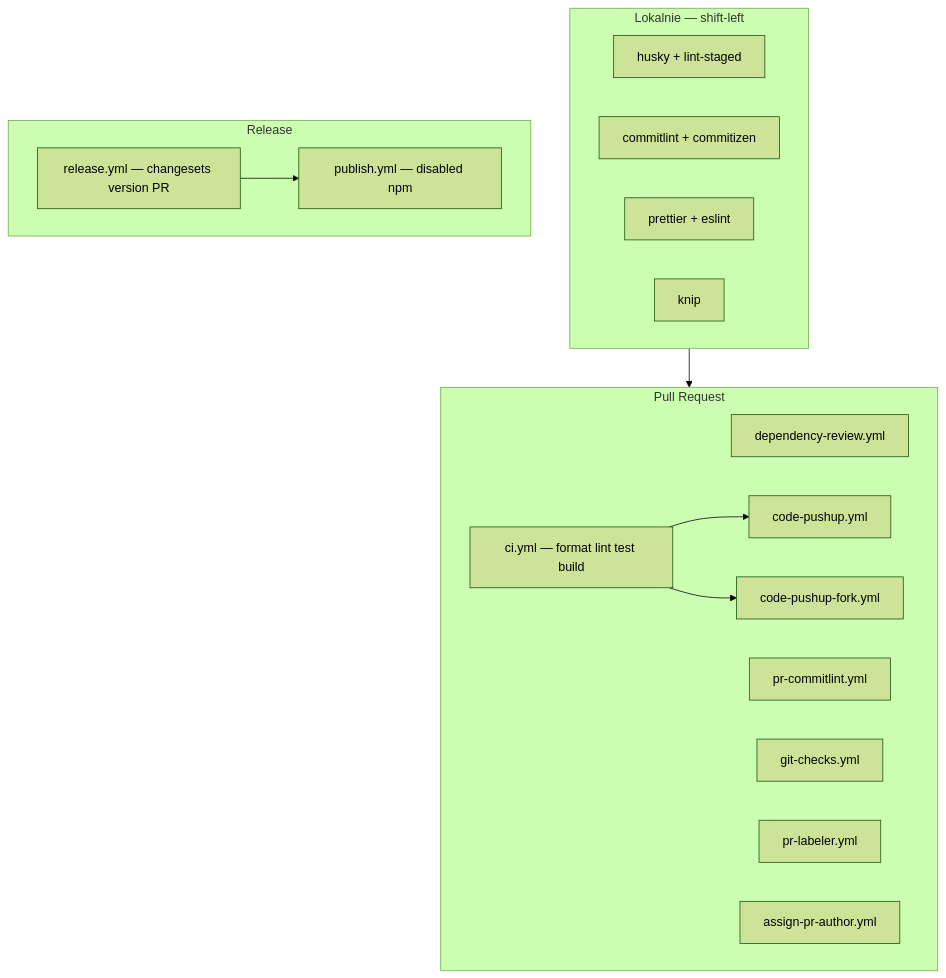
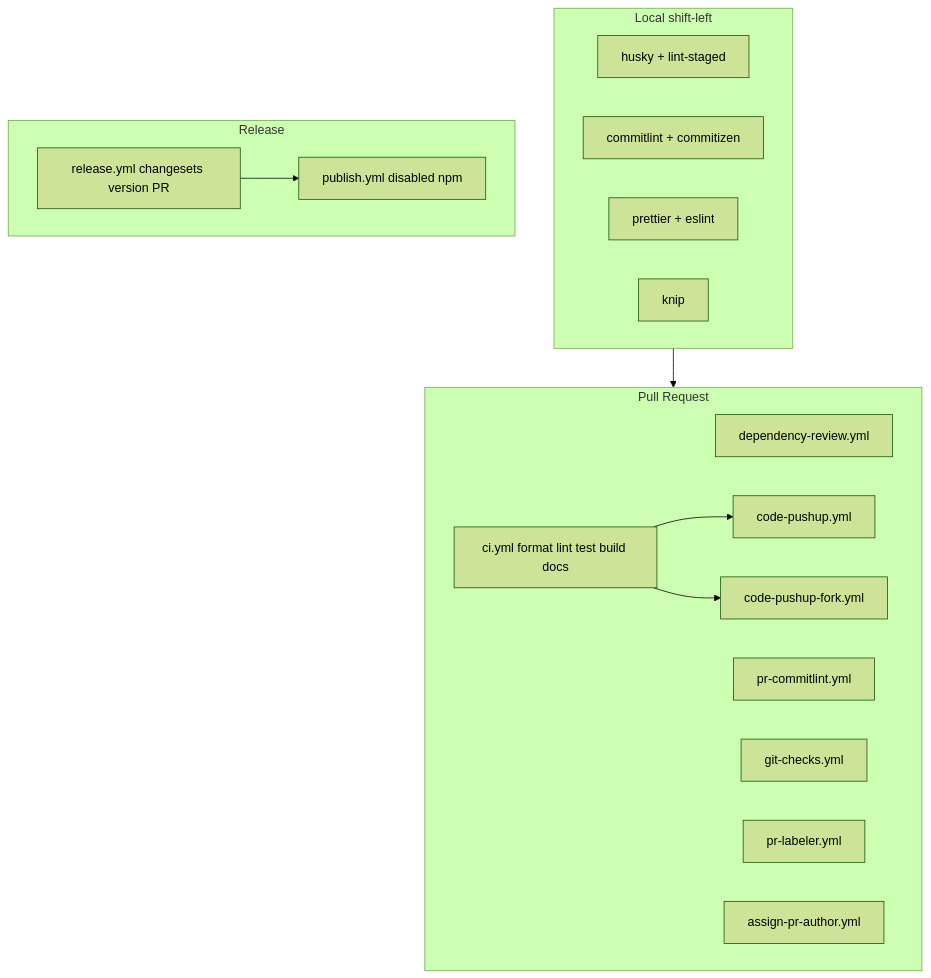
Before and after one commit to kacperpaczos/Awesome-Pushup-Standards: the first of 5 diagrams in apps/docs/src/content/docs/project/monorepo-ci.md, drawn with Mermaid (forest theme). The commit also changed other lines of this file and 1 other file, not shown here.

````diff
--- a/apps/docs/src/content/docs/project/monorepo-ci.md
+++ b/apps/docs/src/content/docs/project/monorepo-ci.md
@@ -12,30 +12,30 @@
 ```mermaid
 flowchart TB
-  subgraph local [Lokalnie — shift-left]
+  subgraph local [Local shift-left]
     HUSKY[husky + lint-staged]
     COMMIT[commitlint + commitizen]
     FMT[prettier + eslint]
     KNIP[knip]
   end
 
   subgraph pr [Pull Request]
     DEP[dependency-review.yml]
     CL[pr-commitlint.yml]
     GC[git-checks.yml]
     LB[pr-labeler.yml]
     AA[assign-pr-author.yml]
-    CI[ci.yml — format lint test build]
+    CI[ci.yml format lint test build docs]
     CP[code-pushup.yml]
     CPF[code-pushup-fork.yml]
   end
 
   subgraph release [Release]
-    REL[release.yml — changesets version PR]
-    PUB[publish.yml — disabled npm]
+    REL[release.yml changesets version PR]
+    PUB[publish.yml disabled npm]
   end
 
   local --> pr
   CI --> CP
   CI --> CPF
   REL --> PUB
 ```
````
